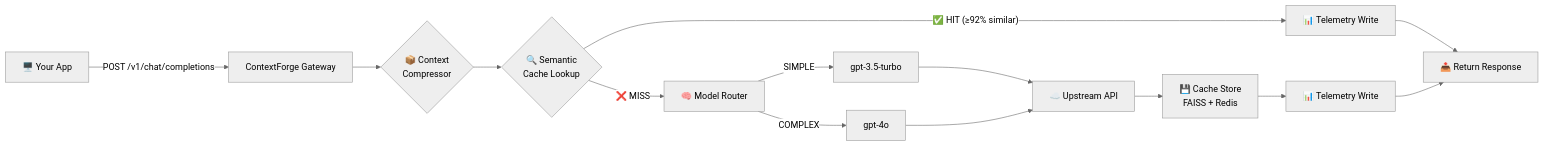
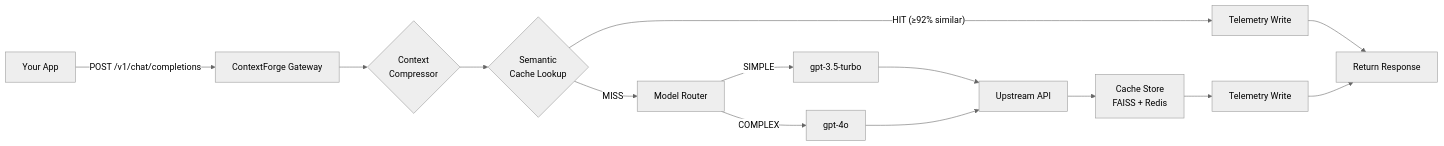
The diagram in README.md (Ayush-o1/contextforge), drawn with Mermaid (neutral theme) before and after one commit. The commit also changed other lines of this file and 8 other files, not shown here.

````diff
--- a/README.md
+++ b/README.md
@@ -47,16 +68,16 @@
 ```mermaid
 flowchart LR
-    A["🖥️ Your App"] -->|POST /v1/chat/completions| B["ContextForge Gateway"]
-    B --> X{"📦 Context\nCompressor"}
-    X --> C{"🔍 Semantic\nCache Lookup"}
-    C -->|"✅ HIT (≥92% similar)"| T1["📊 Telemetry Write"]
-    C -->|"❌ MISS"| D["🧠 Model Router"]
+    A["Your App"] -->|POST /v1/chat/completions| B["ContextForge Gateway"]
+    B --> X{"Context\nCompressor"}
+    X --> C{"Semantic\nCache Lookup"}
+    C -->|"HIT (≥92% similar)"| T1["Telemetry Write"]
+    C -->|"MISS"| D["Model Router"]
     D -->|"SIMPLE"| E["gpt-3.5-turbo"]
     D -->|"COMPLEX"| F["gpt-4o"]
-    E --> G["☁️ Upstream API"]
+    E --> G["Upstream API"]
     F --> G
-    G --> I["💾 Cache Store\nFAISS + Redis"]
-    I --> T2["📊 Telemetry Write"]
-    T1 --> H["📤 Return Response"]
+    G --> I["Cache Store\nFAISS + Redis"]
+    I --> T2["Telemetry Write"]
+    T1 --> H["Return Response"]
     T2 --> H
 ```
````
